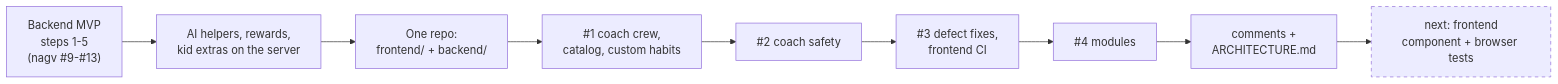
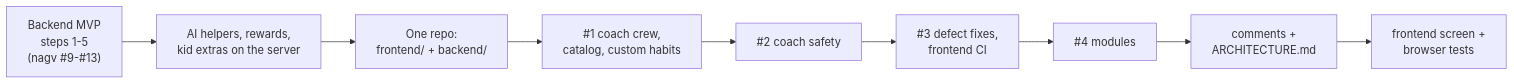
One commit to rahulwarekar20/habbit-quest changed the diagram in backend/docs/status.md. Above: the diagram before and after it, drawn with Mermaid. The commit also changed other lines of this file and 21 other files, not shown here.

First line of the commit message:
Add frontend screen tests and Playwright browser tests, run in CI

````diff
--- a/backend/docs/status.md
+++ b/backend/docs/status.md
@@ -8,12 +8,11 @@
 ```mermaid
 flowchart LR
     A["Backend MVP<br/>steps 1-5<br/>(nagv #9-#13)"] --> B["AI helpers, rewards,<br/>kid extras on the server"]
     B --> C["One repo:<br/>frontend/ + backend/"]
     C --> D["#1 coach crew,<br/>catalog, custom habits"]
     D --> E["#2 coach safety"]
     E --> F["#3 defect fixes,<br/>frontend CI"]
     F --> G["#4 modules"]
     G --> H["comments +<br/>ARCHITECTURE.md"]
-    H --> I["next: frontend<br/>component + browser tests"]
-    style I stroke-dasharray: 5 5
+    H --> I["frontend screen +<br/>browser tests"]
 ```
````
